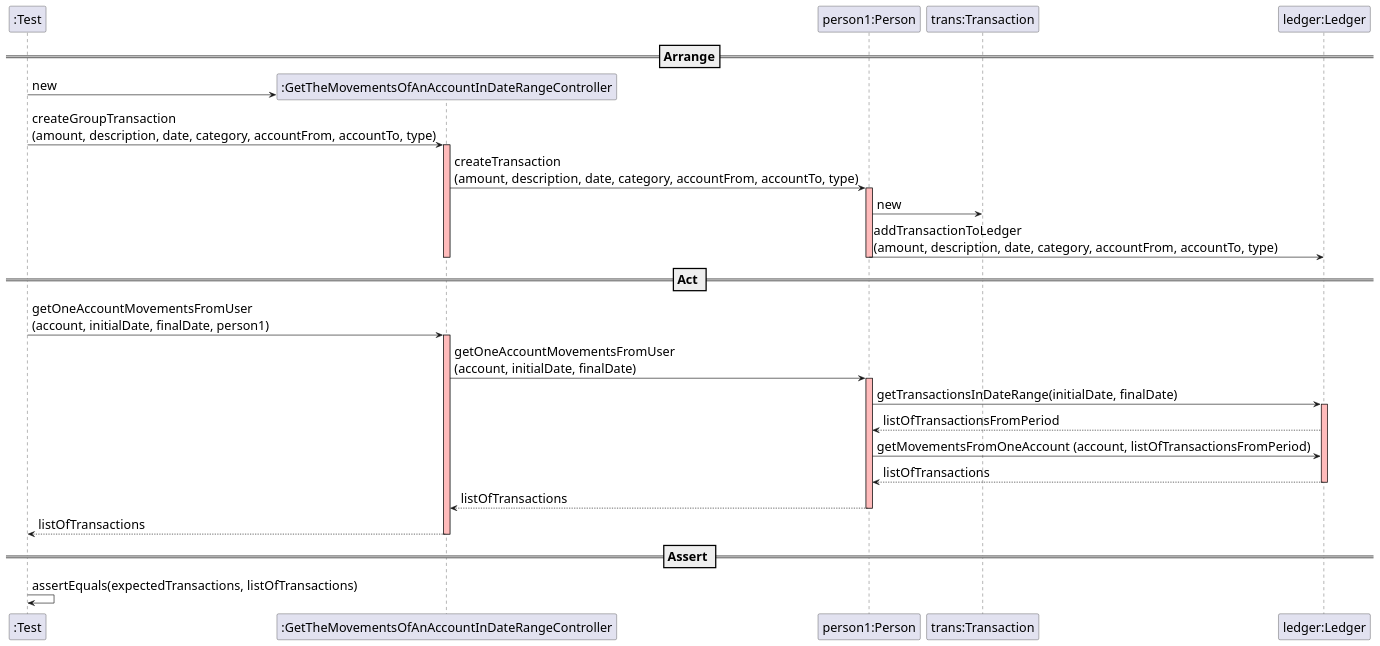
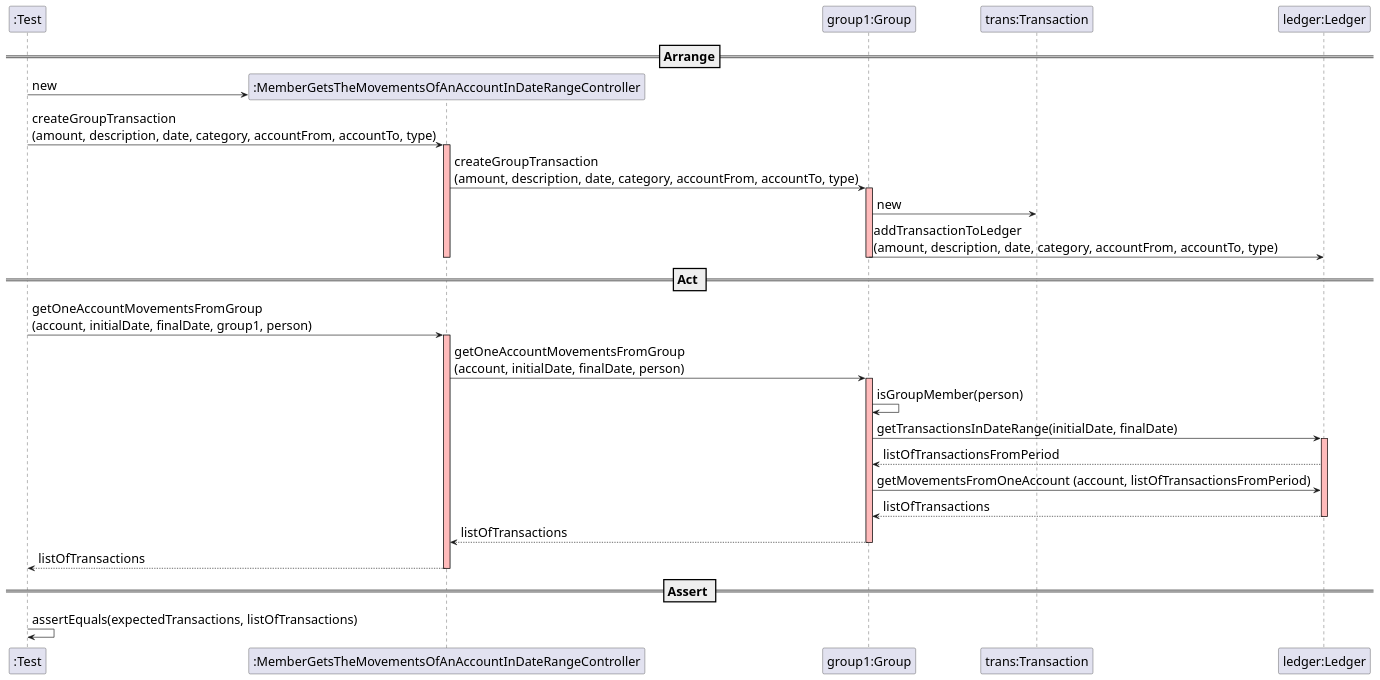
Before and after one commit to mleitaoribeiro/DevOpsMaven: the diagram in docs/SequenceDiagram - US010.2.puml, drawn with PlantUML. The commit also changed 4 other files, not shown here.

```diff
--- a/docs/SequenceDiagram - US010.2.puml
+++ b/docs/SequenceDiagram - US010.2.puml
@@ -1,49 +1,50 @@
 @startuml
 
 skinparam DefaultFontSize 20
 
 create ":Test"
 
 ==Arrange==
 
-create ":GetTheMovementsOfAnAccountInDateRangeController"
-":Test" -> ":GetTheMovementsOfAnAccountInDateRangeController" : new
+create ":MemberGetsTheMovementsOfAnAccountInDateRangeController"
+":Test" -> ":MemberGetsTheMovementsOfAnAccountInDateRangeController" : new
 
-participant "person1:Person"
-":Test" -> ":GetTheMovementsOfAnAccountInDateRangeController" : createGroupTransaction\n(amount, description, date, category, accountFrom, accountTo, type)
-activate ":GetTheMovementsOfAnAccountInDateRangeController" #FFBBBB
-":GetTheMovementsOfAnAccountInDateRangeController" -> "person1:Person" : createTransaction\n(amount, description, date, category, accountFrom, accountTo, type)
-activate "person1:Person" #FFBBBB
+participant "group1:Group"
+":Test" -> ":MemberGetsTheMovementsOfAnAccountInDateRangeController" : createGroupTransaction\n(amount, description, date, category, accountFrom, accountTo, type)
+activate ":MemberGetsTheMovementsOfAnAccountInDateRangeController" #FFBBBB
+":MemberGetsTheMovementsOfAnAccountInDateRangeController" -> "group1:Group" : createGroupTransaction\n(amount, description, date, category, accountFrom, accountTo, type)
+activate "group1:Group" #FFBBBB
 
 participant "trans:Transaction"
 participant "ledger:Ledger"
-"person1:Person" -> "trans:Transaction" : new
-"person1:Person" -> "ledger:Ledger" : addTransactionToLedger\n(amount, description, date, category, accountFrom, accountTo, type)
-deactivate "person1:Person" #FFBBBB
-deactivate ":GetTheMovementsOfAnAccountInDateRangeController" #FFBBBB
+"group1:Group" -> "trans:Transaction" : new
+"group1:Group" -> "ledger:Ledger" : addTransactionToLedger\n(amount, description, date, category, accountFrom, accountTo, type)
+deactivate "group1:Group" #FFBBBB
+deactivate ":MemberGetsTheMovementsOfAnAccountInDateRangeController" #FFBBBB
 
 == Act ==
 
-":Test" -> ":GetTheMovementsOfAnAccountInDateRangeController" : getOneAccountMovementsFromUser\n(account, initialDate, finalDate, person1)
-activate ":GetTheMovementsOfAnAccountInDateRangeController" #FFBBBB
-":GetTheMovementsOfAnAccountInDateRangeController" -> "person1:Person" : getOneAccountMovementsFromUser\n(account, initialDate, finalDate)
-activate "person1:Person" #FFBBBB
+":Test" -> ":MemberGetsTheMovementsOfAnAccountInDateRangeController" : getOneAccountMovementsFromGroup\n(account, initialDate, finalDate, group1, person)
+activate ":MemberGetsTheMovementsOfAnAccountInDateRangeController" #FFBBBB
+":MemberGetsTheMovementsOfAnAccountInDateRangeController" -> "group1:Group" : getOneAccountMovementsFromGroup\n(account, initialDate, finalDate, person)
+activate "group1:Group" #FFBBBB
 
+"group1:Group" -> "group1:Group" : isGroupMember(person)
 
-"person1:Person" -> "ledger:Ledger" : getTransactionsInDateRange(initialDate, finalDate)
+"group1:Group" -> "ledger:Ledger" : getTransactionsInDateRange(initialDate, finalDate)
 activate "ledger:Ledger" #FFBBBB
-"ledger:Ledger" --> "person1:Person" : listOfTransactionsFromPeriod
+"ledger:Ledger" --> "group1:Group" : listOfTransactionsFromPeriod
 
-"person1:Person" -> "ledger:Ledger" : getMovementsFromOneAccount (account, listOfTransactionsFromPeriod)
-"ledger:Ledger" --> "person1:Person" : listOfTransactions
+"group1:Group" -> "ledger:Ledger" : getMovementsFromOneAccount (account, listOfTransactionsFromPeriod)
+"ledger:Ledger" --> "group1:Group" : listOfTransactions
 deactivate "ledger:Ledger" #FFBBBB
-"person1:Person" --> ":GetTheMovementsOfAnAccountInDateRangeController" : listOfTransactions
-deactivate "person1:Person" #FFBBBB
-":GetTheMovementsOfAnAccountInDateRangeController" --> ":Test" : listOfTransactions
-deactivate ":GetTheMovementsOfAnAccountInDateRangeController" #FFBBBB
+"group1:Group" --> ":MemberGetsTheMovementsOfAnAccountInDateRangeController" : listOfTransactions
+deactivate "group1:Group" #FFBBBB
+":MemberGetsTheMovementsOfAnAccountInDateRangeController" --> ":Test" : listOfTransactions
+deactivate ":MemberGetsTheMovementsOfAnAccountInDateRangeController" #FFBBBB
 
 == Assert ==
 
 ":Test" -> ":Test" : assertEquals(expectedTransactions, listOfTransactions)
 
 @enduml
```
